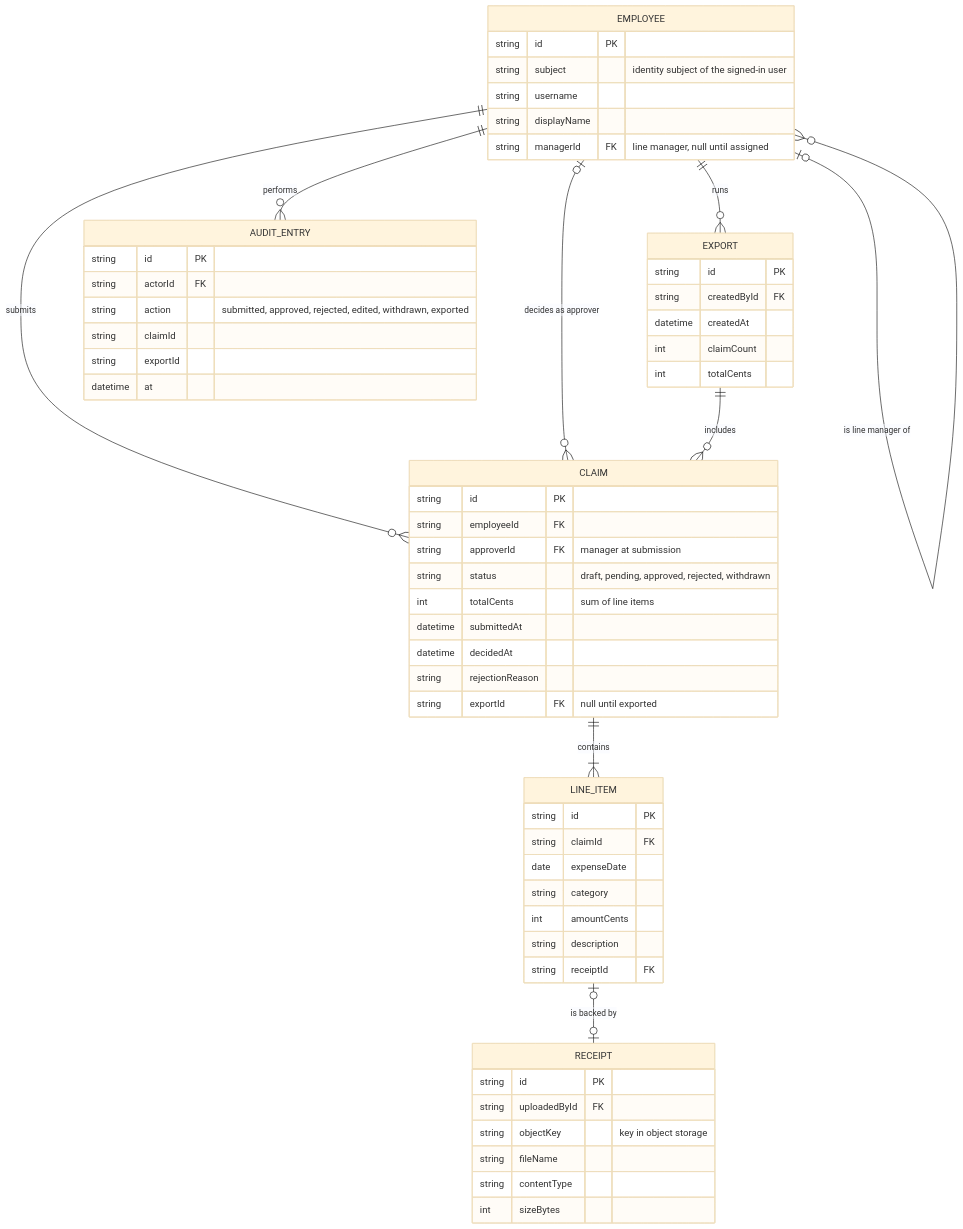
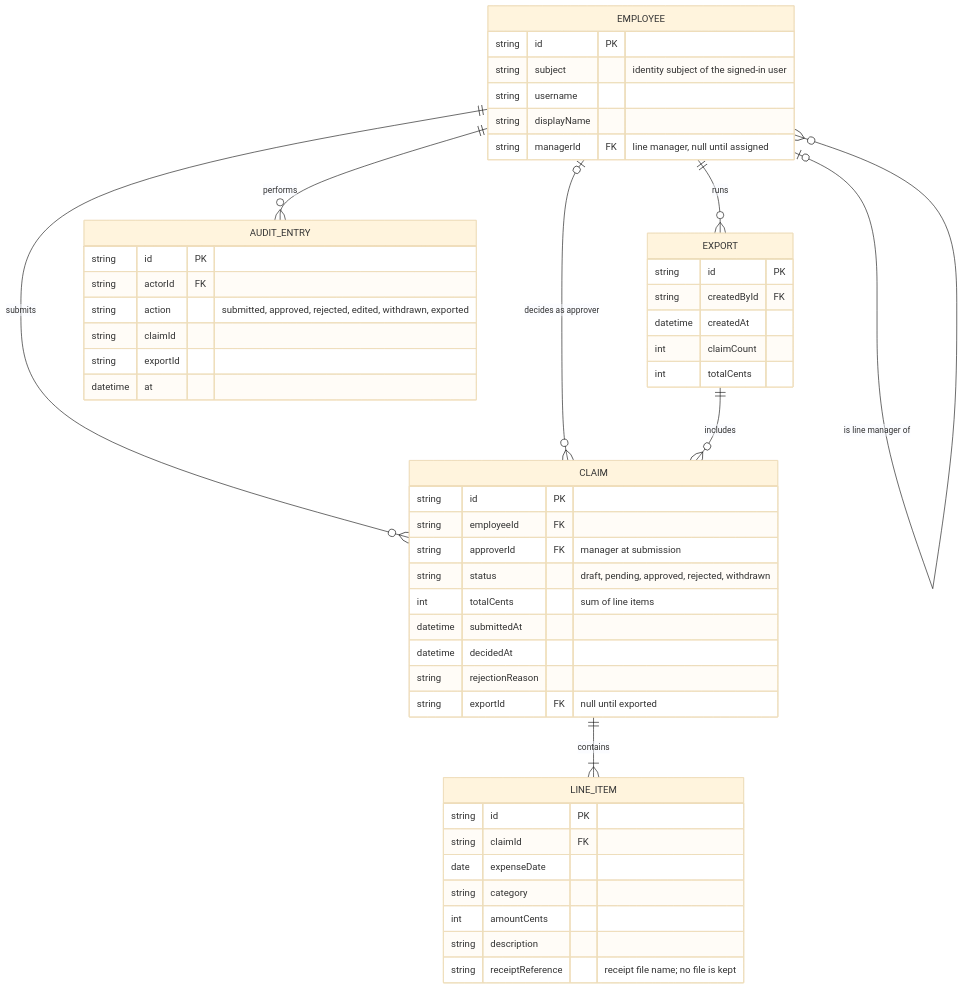
The diagram in specs/design/domain-model.md (asdlc-repos/employees-submit-expense5131), drawn with Mermaid (base theme) before and after one commit. The commit also changed other lines of this file and 14 other files, not shown here.

````diff
--- a/specs/design/domain-model.md
+++ b/specs/design/domain-model.md
@@ -5,61 +5,52 @@
 ```mermaid
 erDiagram
     EMPLOYEE ||--o{ CLAIM : submits
     EMPLOYEE |o--o{ EMPLOYEE : "is line manager of"
     EMPLOYEE |o--o{ CLAIM : "decides as approver"
     CLAIM ||--|{ LINE_ITEM : contains
-    LINE_ITEM |o--o| RECEIPT : "is backed by"
     EXPORT ||--o{ CLAIM : includes
     EMPLOYEE ||--o{ EXPORT : runs
     EMPLOYEE ||--o{ AUDIT_ENTRY : performs
     EMPLOYEE {
         string id PK
         string subject "identity subject of the signed-in user"
         string username
         string displayName
         string managerId FK "line manager, null until assigned"
     }
     CLAIM {
         string id PK
         string employeeId FK
         string approverId FK "manager at submission"
         string status "draft, pending, approved, rejected, withdrawn"
         int totalCents "sum of line items"
         datetime submittedAt
         datetime decidedAt
         string rejectionReason
         string exportId FK "null until exported"
     }
     LINE_ITEM {
         string id PK
         string claimId FK
         date expenseDate
         string category
         int amountCents
         string description
-        string receiptId FK
-    }
-    RECEIPT {
-        string id PK
-        string uploadedById FK
-        string objectKey "key in object storage"
-        string fileName
-        string contentType
-        int sizeBytes
+        string receiptReference "receipt file name; no file is kept"
     }
     EXPORT {
         string id PK
         string createdById FK
         datetime createdAt
         int claimCount
         int totalCents
     }
     AUDIT_ENTRY {
         string id PK
         string actorId FK
         string action "submitted, approved, rejected, edited, withdrawn, exported"
         string claimId
         string exportId
         datetime at
     }
 ```
````
